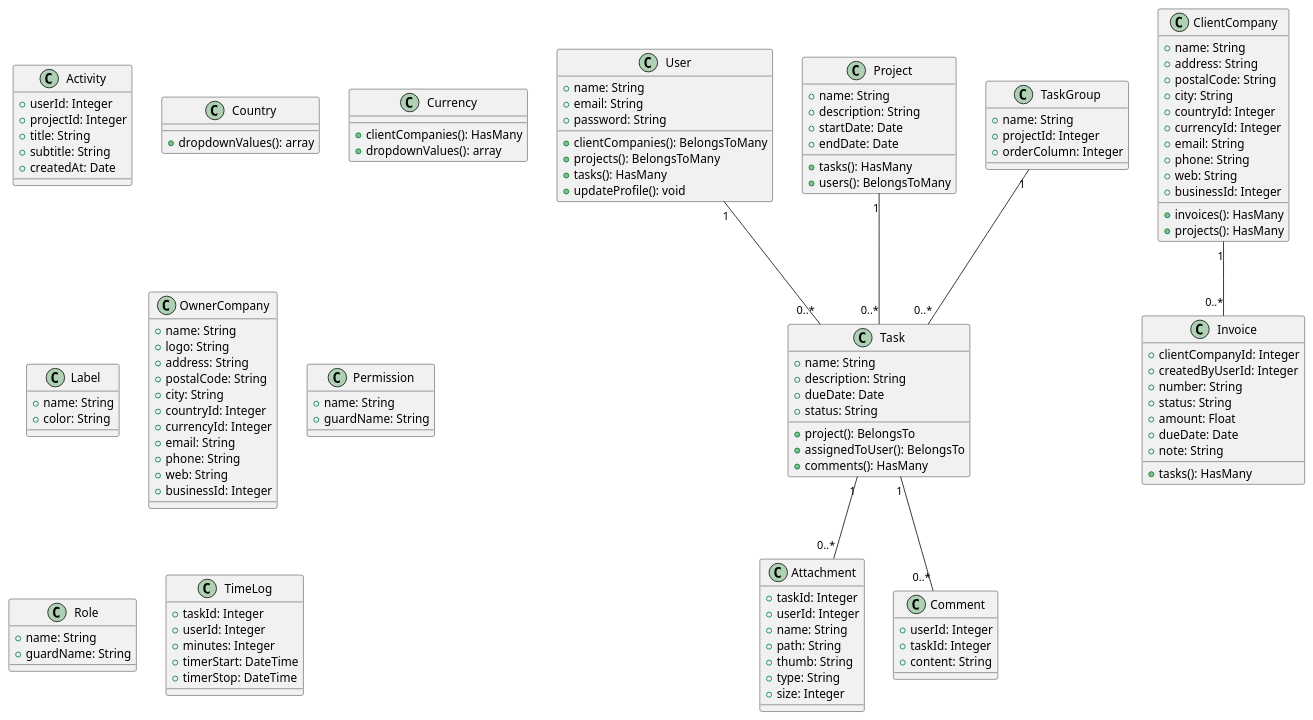
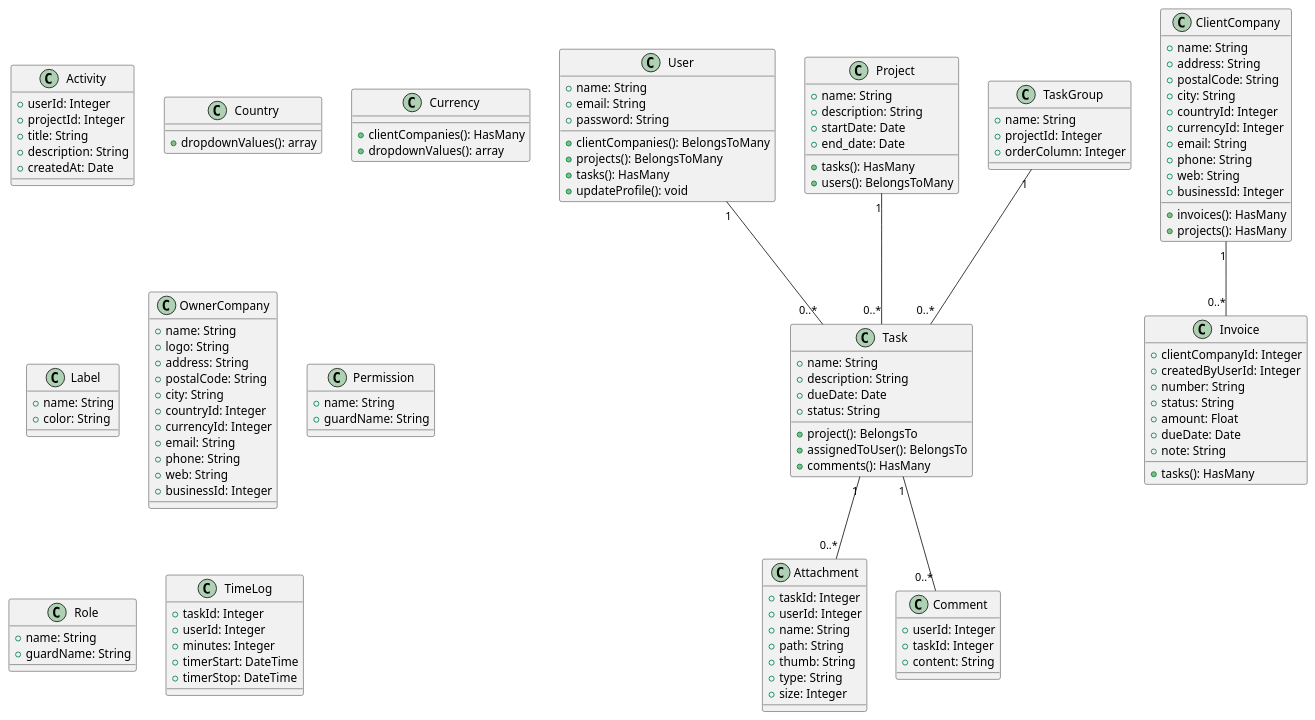
Before and after one commit to priyatna05/construction-project-manager: the fourth of 4 diagrams in diagrams/plantuml_diagrams.puml, drawn with PlantUML. The commit also changed 422 other files, not shown here.

```diff
--- a/diagrams/plantuml_diagrams.puml
+++ b/diagrams/plantuml_diagrams.puml
@@ -84,140 +84,140 @@
 @startuml
 ' Class Diagram
 class User {
     +name: String
     +email: String
     +password: String
     +clientCompanies(): BelongsToMany
     +projects(): BelongsToMany
     +tasks(): HasMany
     +updateProfile(): void
 }
 
 class Task {
     +name: String
     +description: String
     +dueDate: Date
     +project(): BelongsTo
     +assignedToUser(): BelongsTo
     +comments(): HasMany
     +status: String
 }
 
 class Project {
     +name: String
     +description: String
     +startDate: Date
-    +endDate: Date
+    +end_date: Date
     +tasks(): HasMany
     +users(): BelongsToMany
 }
 
 class Invoice {
     +clientCompanyId: Integer
     +createdByUserId: Integer
     +number: String
     +status: String
     +amount: Float
     +dueDate: Date
     +note: String
     +tasks(): HasMany
 }
 
 class ClientCompany {
     +name: String
     +address: String
     +postalCode: String
     +city: String
     +countryId: Integer
     +currencyId: Integer
     +email: String
     +phone: String
     +web: String
     +businessId: Integer
     +invoices(): HasMany
     +projects(): HasMany
 }
 
 class Activity {
     +userId: Integer
     +projectId: Integer
     +title: String
-    +subtitle: String
+    +description: String
     +createdAt: Date
 }
 
 class Attachment {
     +taskId: Integer
     +userId: Integer
     +name: String
     +path: String
     +thumb: String
     +type: String
     +size: Integer
 }
 
 class Comment {
     +userId: Integer
     +taskId: Integer
     +content: String
 }
 
 class Country {
     +dropdownValues(): array
 }
 
 class Currency {
     +clientCompanies(): HasMany
     +dropdownValues(): array
 }
 
 class Label {
     +name: String
     +color: String
 }
 
 class OwnerCompany {
     +name: String
     +logo: String
     +address: String
     +postalCode: String
     +city: String
     +countryId: Integer
     +currencyId: Integer
     +email: String
     +phone: String
     +web: String
     +businessId: Integer
 }
 
 class Permission {
     +name: String
     +guardName: String
 }
 
 class Role {
     +name: String
     +guardName: String
 }
 
 class TaskGroup {
     +name: String
     +projectId: Integer
     +orderColumn: Integer
 }
 
 class TimeLog {
     +taskId: Integer
     +userId: Integer
     +minutes: Integer
     +timerStart: DateTime
     +timerStop: DateTime
 }
 
 User "1" -- "0..*" Task
 Project "1" -- "0..*" Task
 ClientCompany "1" -- "0..*" Invoice
 Task "1" -- "0..*" Attachment
 Task "1" -- "0..*" Comment
 TaskGroup "1" -- "0..*" Task
 @enduml
```
